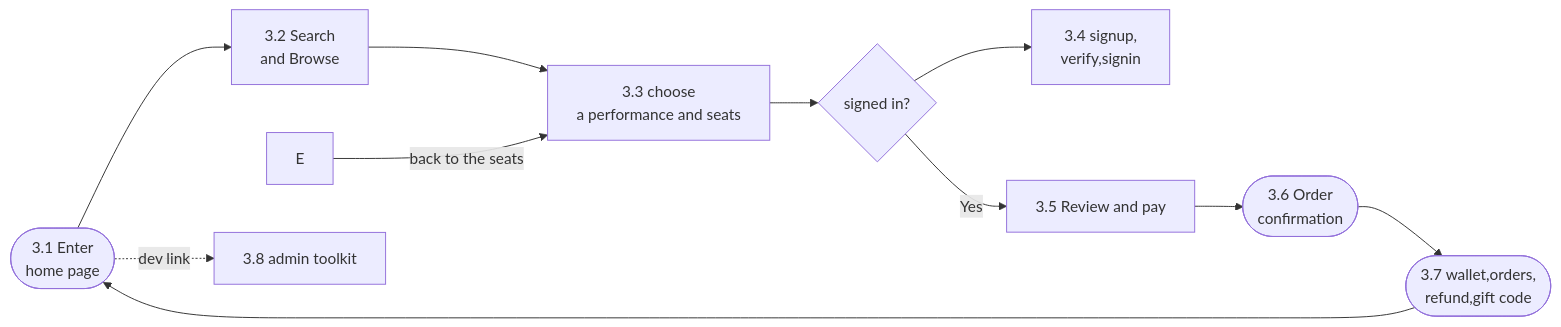
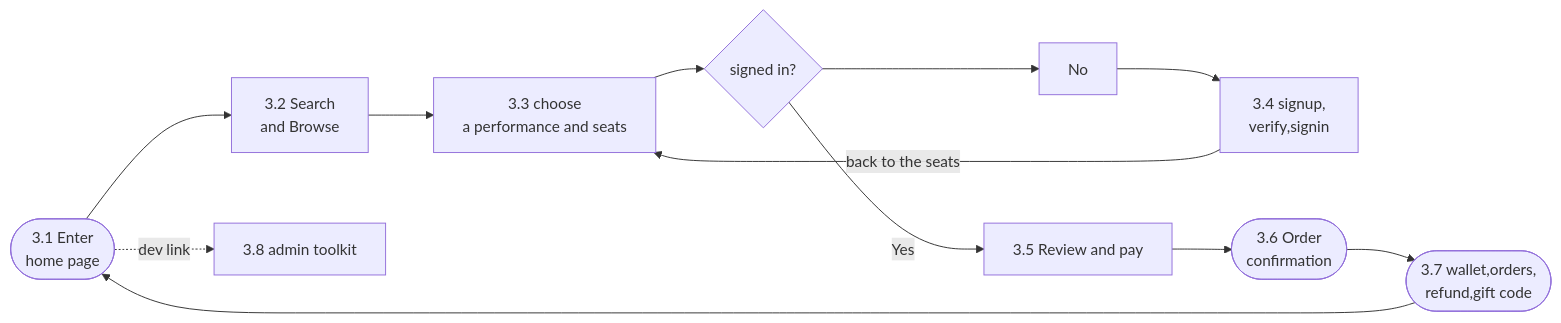
Before and after one commit to Azusalina/sba-proj: the second of 6 diagrams in descriptions/figs.md, drawn with Mermaid. The commit also changed other lines of this file and 3 other files, not shown here.

````diff
--- a/descriptions/figs.md
+++ b/descriptions/figs.md
@@ -4,13 +39,13 @@
 ```mermaid
 flowchart LR
     A([3.1 Enter<br/>home page])-->B[3.2 Search<br/>and Browse]
     B-->C[3.3 choose <br/>a performance and seats]
     C-->D{signed in?}
-    D-->NoE[3.4 signup,<br/>verify,signin]
+    D-->No-->E[3.4 signup,<br/>verify,signin]
     E--back to the seats-->C
     D--Yes-->F[3.5 Review and pay]
     F-->G([3.6 Order<br/>confirmation])
     G-->H([3.7 wallet,orders,<br/>refund,gift code])
     H-->A
     A-.dev link.->I[3.8 admin toolkit]
 ```
````
